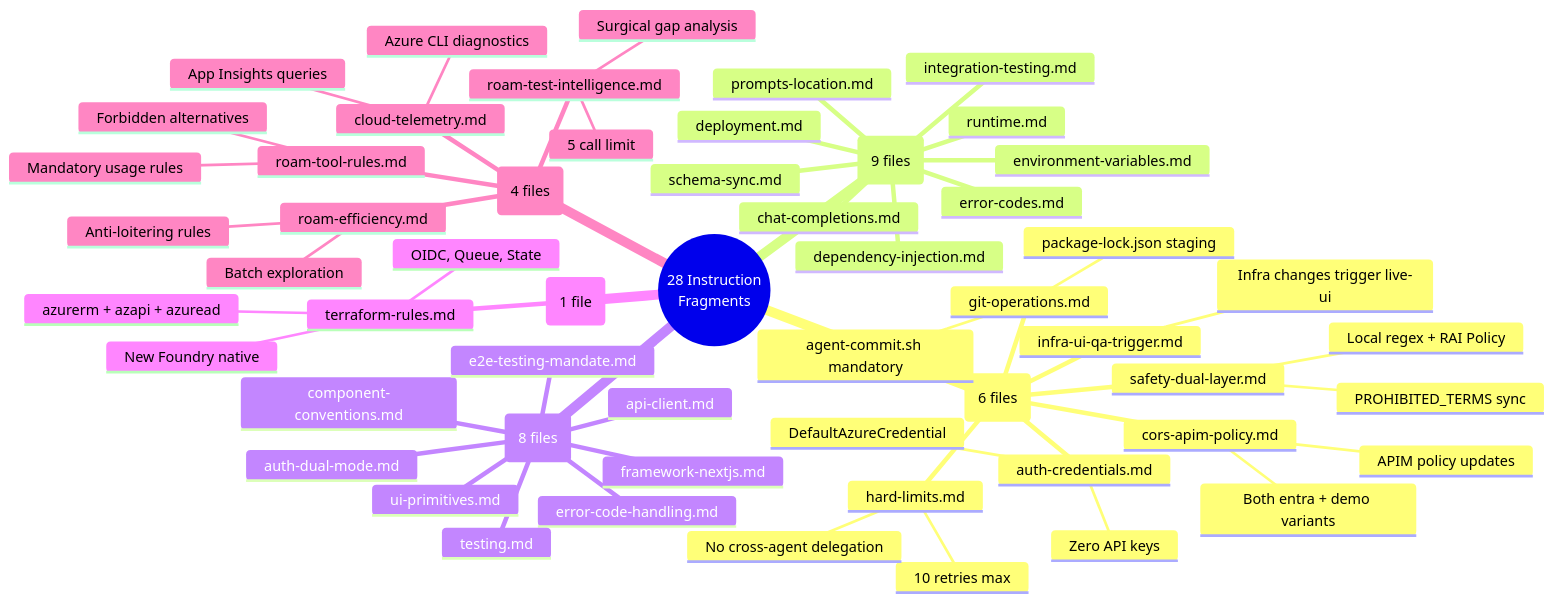
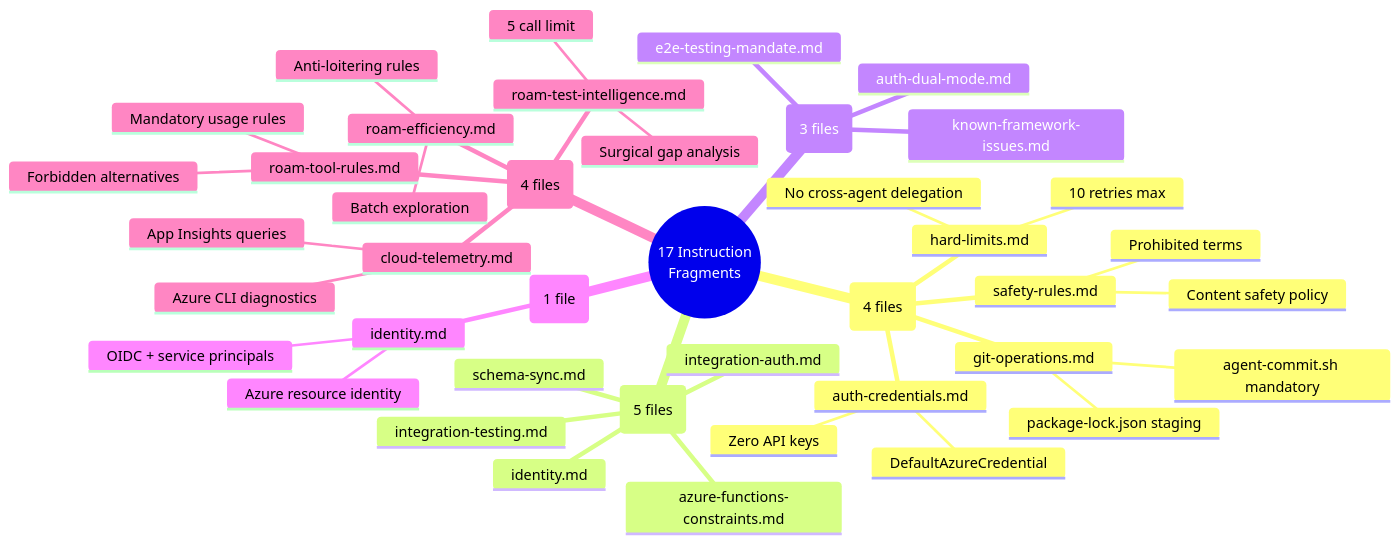
The second of 6 diagrams in tools/autonomous-factory/docs/03-apm-context.md (RomanKaliupinMelonusa/DAGent-t), drawn with Mermaid before and after one commit. The commit also changed other lines of this file and 10 other files, not shown here.

````diff
--- a/tools/autonomous-factory/docs/03-apm-context.md
+++ b/tools/autonomous-factory/docs/03-apm-context.md
@@ -137,59 +139,44 @@
 ```mermaid
 mindmap
-  root((28 Instruction<br/>Fragments))
-    always/ (6 files)
+  root((17 Instruction<br/>Fragments))
+    always/ (4 files)
       auth-credentials.md
         DefaultAzureCredential
         Zero API keys
-      cors-apim-policy.md
-        APIM policy updates
-        Both entra + demo variants
       git-operations.md
         agent-commit.sh mandatory
         package-lock.json staging
       hard-limits.md
         10 retries max
         No cross-agent delegation
-      infra-ui-qa-trigger.md
-        Infra changes trigger live-ui
-      safety-dual-layer.md
-        Local regex + RAI Policy
-        PROHIBITED_TERMS sync
-    backend/ (9 files)
-      chat-completions.md
-      dependency-injection.md
-      deployment.md
-      environment-variables.md
-      error-codes.md
+      safety-rules.md
+        Content safety policy
+        Prohibited terms
+    backend/ (5 files)
+      azure-functions-constraints.md
+      identity.md
+      integration-auth.md
       integration-testing.md
-      prompts-location.md
-      runtime.md
       schema-sync.md
-    frontend/ (8 files)
-      api-client.md
+    frontend/ (3 files)
       auth-dual-mode.md
-      component-conventions.md
       e2e-testing-mandate.md
-      error-code-handling.md
-      framework-nextjs.md
-      testing.md
-      ui-primitives.md
+      known-framework-issues.md
     infra/ (1 file)
-      terraform-rules.md
-        azurerm + azapi + azuread
-        New Foundry native
-        OIDC, Queue, State
+      identity.md
+        Azure resource identity
+        OIDC + service principals
     tooling/ (4 files)
       roam-tool-rules.md
         Mandatory usage rules
         Forbidden alternatives
       roam-efficiency.md
         Anti-loitering rules
         Batch exploration
       roam-test-intelligence.md
         Surgical gap analysis
         5 call limit
       cloud-telemetry.md
         App Insights queries
         Azure CLI diagnostics
 ```
````
